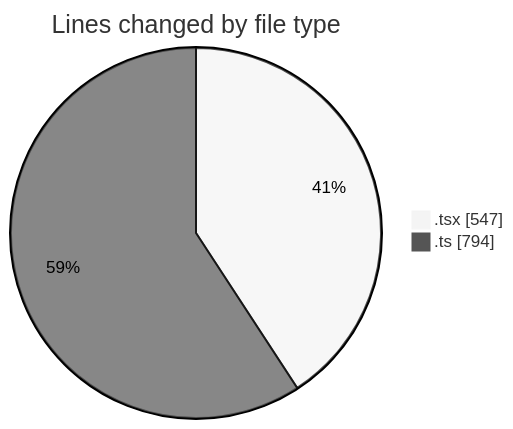
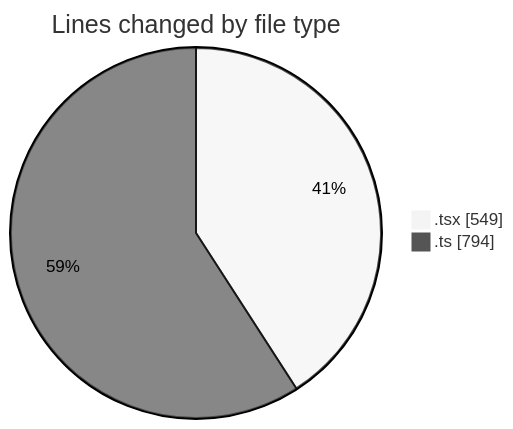
One commit to julien-gomy/code-tracking changed the first of 2 diagrams in 2025-10-14/eventscop-frontend-guide__workspace_/README.md. Above: the diagram before and after it, drawn with Mermaid (neutral theme). The commit also changed other lines of this file and 1 other file, not shown here.

````diff
--- a/2025-10-14/eventscop-frontend-guide__workspace_/README.md
+++ b/2025-10-14/eventscop-frontend-guide__workspace_/README.md
@@ -28,6 +28,6 @@
 ```mermaid
 pie showData
 title Lines changed by file type
-".tsx" : 547
+".tsx" : 549
 ".ts" : 794
 ```
````
